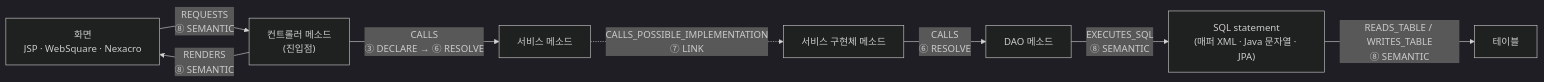
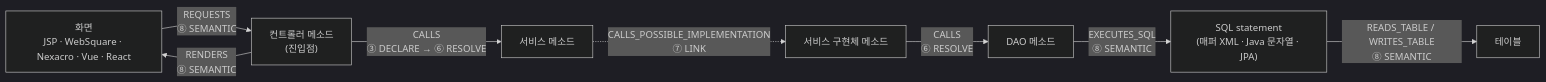
Before and after one commit to YongSoekChoeng/dstone: the ninth of 16 diagrams in docs/11.dstone-knowledge.md, drawn with Mermaid (dark theme). The commit also changed other lines of this file and 33 other files, not shown here.

First line of the commit message:
feat(knowledge): Vue / React 화면 분석 (import 를 따라가 화면 → 진입점 잇기)

````diff
--- a/docs/11.dstone-knowledge.md
+++ b/docs/11.dstone-knowledge.md
@@ -519,18 +519,18 @@
 ```mermaid
 flowchart LR
-    SCR["화면<br/>JSP · WebSquare · Nexacro"]
+    SCR["화면<br/>JSP · WebSquare · Nexacro · Vue · React"]
     CTL["컨트롤러 메소드<br/>(진입점)"]
     SVC["서비스 메소드"]
     IMPL["서비스 구현체 메소드"]
     DAO["DAO 메소드"]
     SQL["SQL statement<br/>(매퍼 XML · Java 문자열 · JPA)"]
     TBL["테이블"]
 
     SCR -->|"REQUESTS<br/>⑧ SEMANTIC"| CTL
     CTL -->|"CALLS<br/>③ DECLARE → ⑥ RESOLVE"| SVC
     SVC -.->|"CALLS_POSSIBLE_IMPLEMENTATION<br/>⑦ LINK"| IMPL
     IMPL -->|"CALLS<br/>⑥ RESOLVE"| DAO
     DAO -->|"EXECUTES_SQL<br/>⑧ SEMANTIC"| SQL
     SQL -->|"READS_TABLE / WRITES_TABLE<br/>⑧ SEMANTIC"| TBL
     CTL -->|"RENDERS<br/>⑧ SEMANTIC"| SCR
 ```
````
